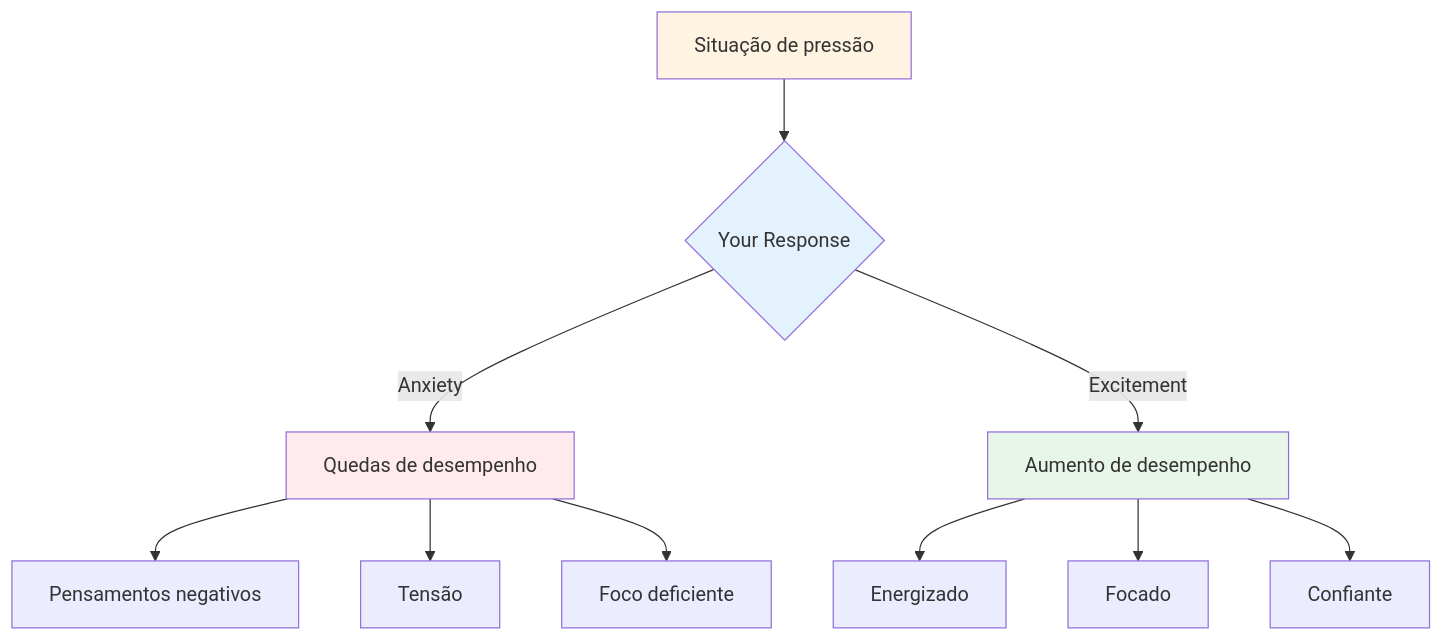
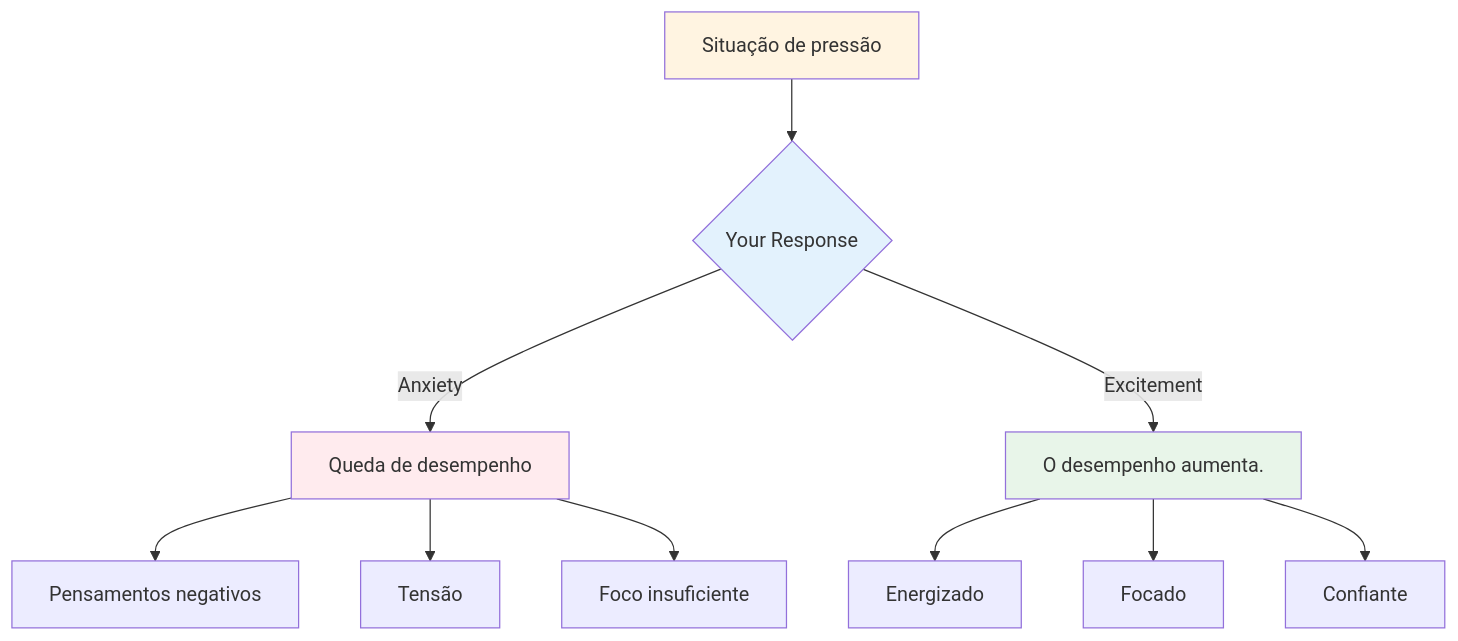
Before and after one commit to patwii/petanque-academy: the diagram in docs/pt/education/mental-strength/handling-pressure.md, drawn with Mermaid. The commit also changed other lines of this file and 532 other files, not shown here.

````diff
--- a/docs/pt/education/mental-strength/handling-pressure.md
+++ b/docs/pt/education/mental-strength/handling-pressure.md
@@ -11,19 +11,19 @@
 ```mermaid
 graph TD
     A[Situação de pressão] --> B{Your Response}
-    B -->|Anxiety| C[Quedas de desempenho]
-    B -->|Excitement| D[Aumento de desempenho]
+    B -->|Anxiety| C[Queda de desempenho]
+    B -->|Excitement| D[O desempenho aumenta.]
 
     C --> E[Pensamentos negativos]
     C --> F[Tensão]
-    C --> G[Foco deficiente]
+    C --> G[Foco insuficiente]
 
     D --> H[Energizado]
     D --> I[Focado]
     D --> J[Confiante]
 
     style A fill:#fff4e1
     style B fill:#e3f2fd
     style C fill:#ffebee
     style D fill:#e8f5e9
 ```
````
